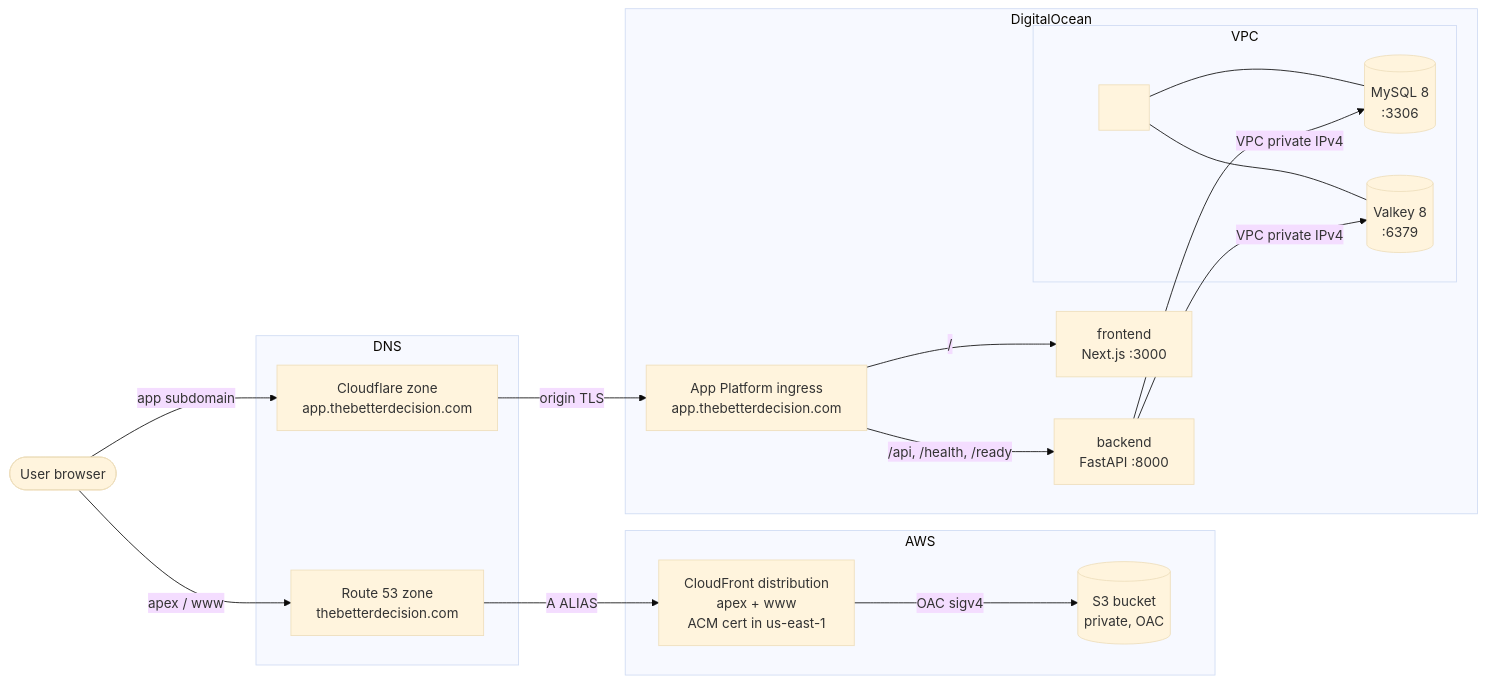
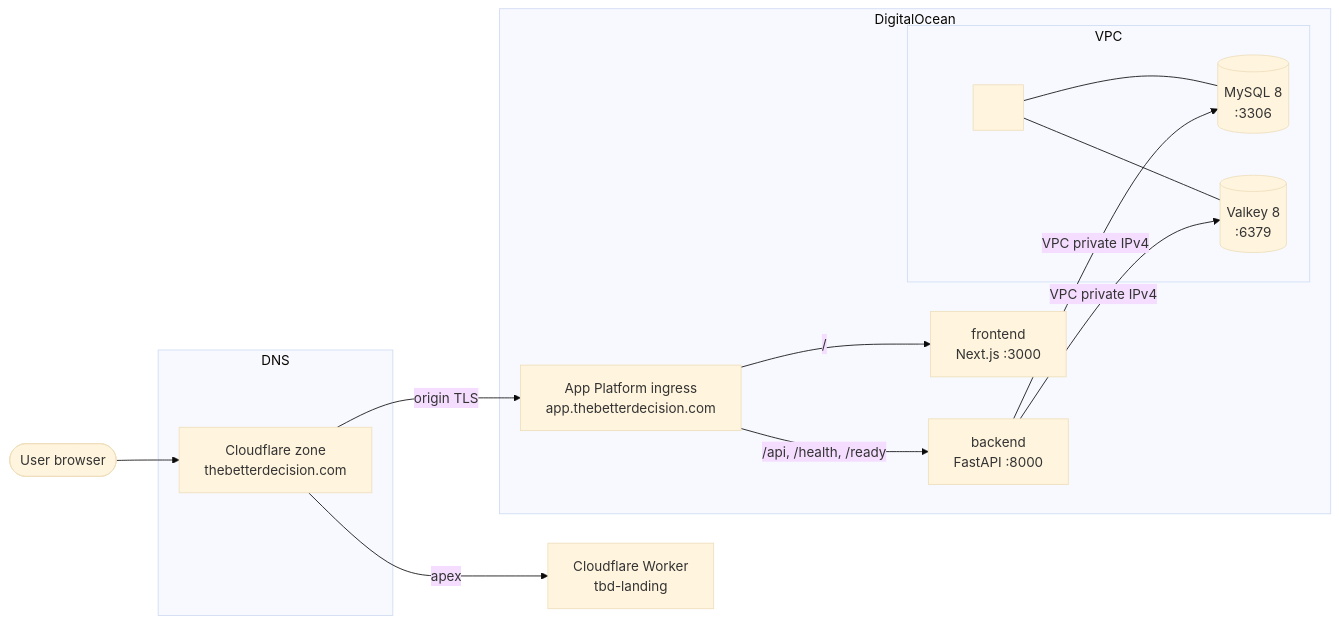
Before and after one commit to fjcloudaiconsulting/tbd: the diagram in infra/README.md, drawn with Mermaid (base theme). The commit also changed other lines of this file and 10 other files, not shown here.

````diff
--- a/infra/README.md
+++ b/infra/README.md
@@ -34,37 +32,31 @@
 ```mermaid
 flowchart LR
     user([User browser])
 
     subgraph dns[DNS]
-        r53[Route 53 zone<br/>thebetterdecision.com]
-        cf_dns[Cloudflare zone<br/>app.thebetterdecision.com]
+        cf_dns[Cloudflare zone<br/>thebetterdecision.com]
     end
 
-    subgraph aws[AWS]
-        cfd[CloudFront distribution<br/>apex + www<br/>ACM cert in us-east-1]
-        s3[(S3 bucket<br/>private, OAC)]
-    end
+    worker[Cloudflare Worker<br/>tbd-landing]
 
     subgraph do[DigitalOcean]
         ing[App Platform ingress<br/>app.thebetterdecision.com]
         fe[frontend<br/>Next.js :3000]
         be[backend<br/>FastAPI :8000]
         subgraph vpc[VPC <vpc-cidr> <region>]
             droplet[<data-droplet><br/><droplet-size>]
             mysql[(MySQL 8<br/>:3306)]
             valkey[(Valkey 8<br/>:6379)]
             droplet --- mysql
             droplet --- valkey
         end
     end
 
-    user -->|apex / www| r53
-    user -->|app subdomain| cf_dns
-    r53 -->|A ALIAS| cfd
-    cfd -->|OAC sigv4| s3
+    user --> cf_dns
+    cf_dns -->|apex| worker
     cf_dns -->|origin TLS| ing
     ing -->|/api, /health, /ready| be
     ing -->|/| fe
     be -->|VPC private IPv4| mysql
     be -->|VPC private IPv4| valkey
 ```
````
